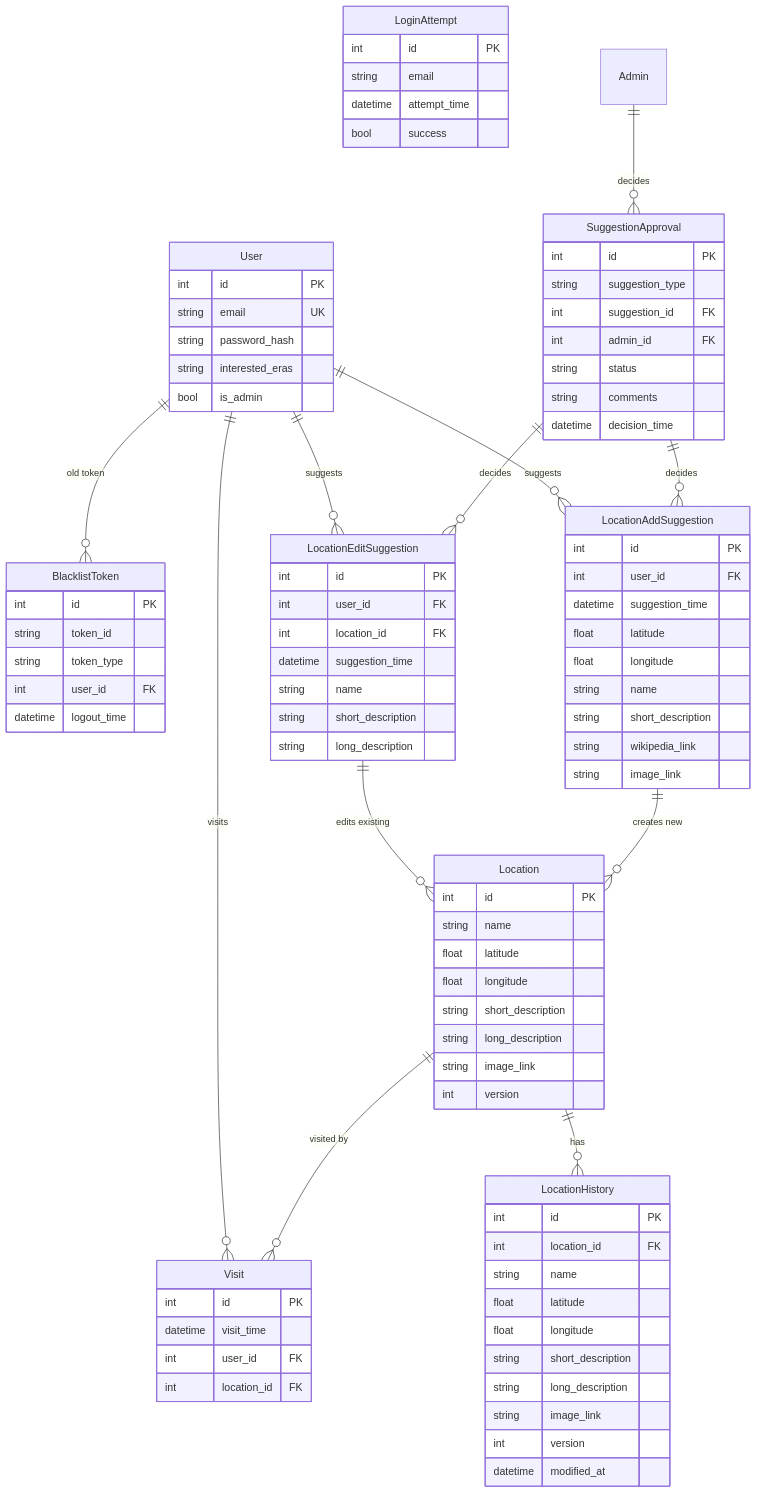
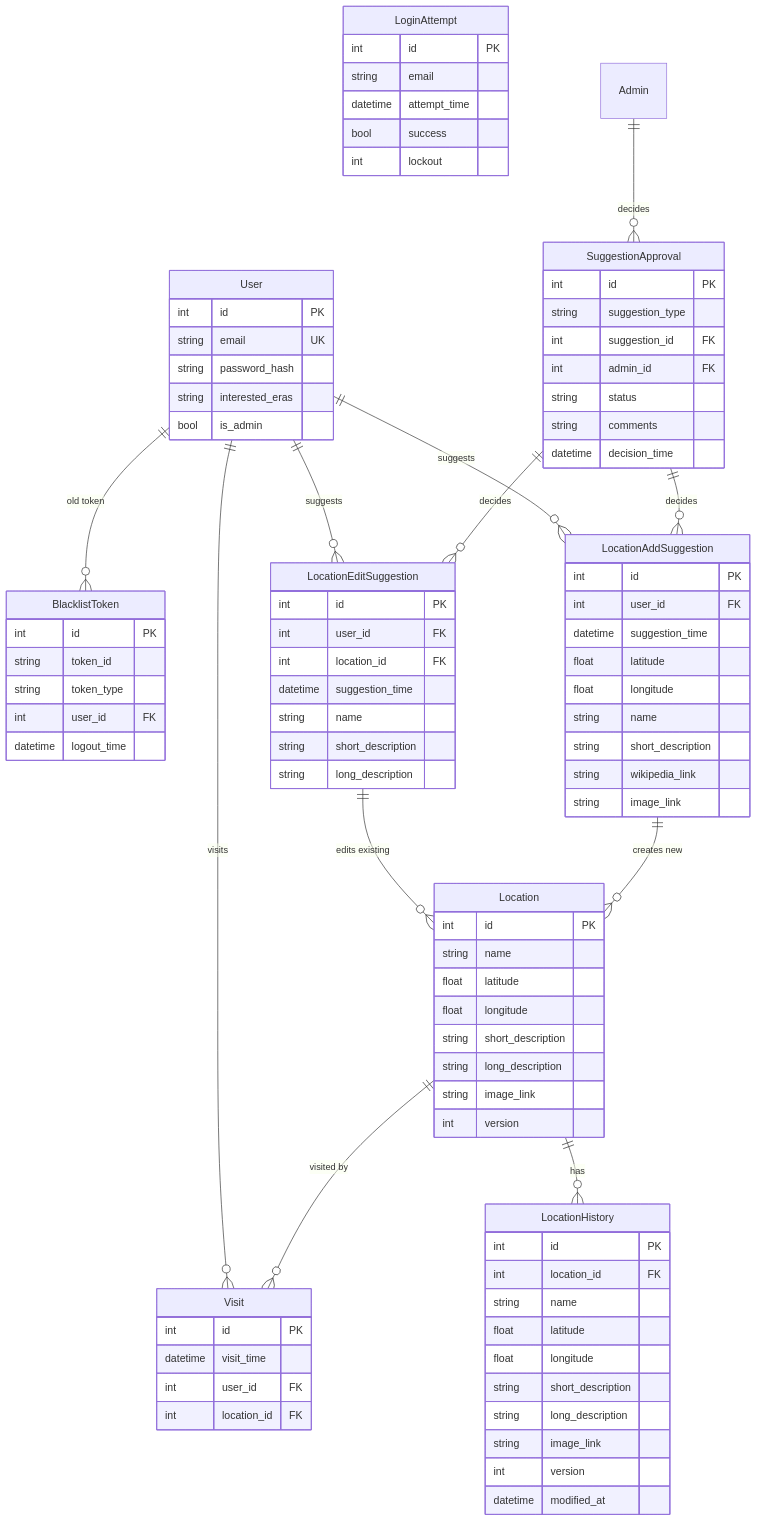
One commit to CS-495-Historical-Sites/remnant changed the diagram in documentation/docs/Documentation/Backend/Database.md. Above: the diagram before and after it, drawn with Mermaid.

Commit message:
update login attempt database diagram

```diff
--- a/documentation/docs/Documentation/Backend/Database.md
+++ b/documentation/docs/Documentation/Backend/Database.md
@@ -57,7 +57,9 @@
         string email
         datetime attempt_time
         bool success
+        int lockout
     }
+
     SuggestionApproval {
         int id PK
         string suggestion_type
```
